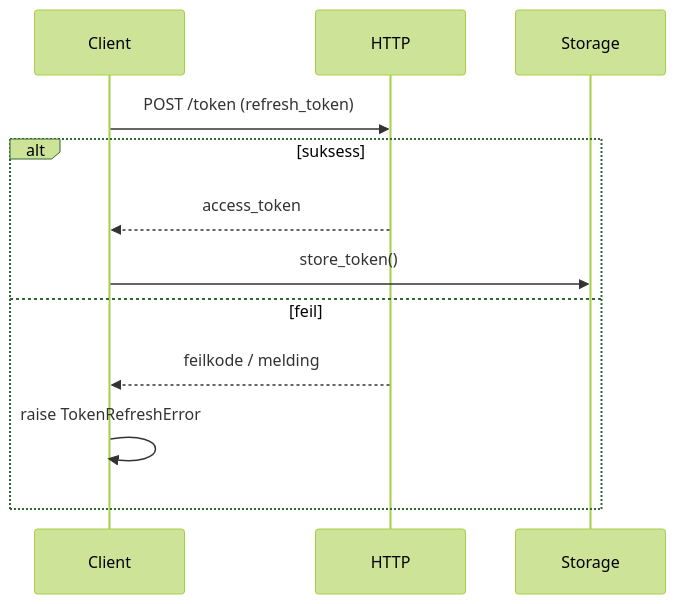
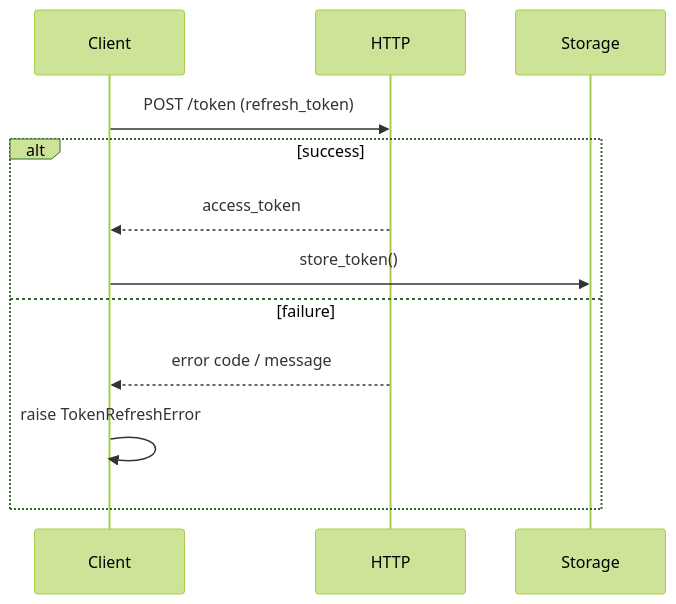
The diagram in apiconfig/auth/token/README.md (Leikaab/apiconfig), drawn with Mermaid (forest theme) before and after one commit. The commit also changed other lines of this file, not shown here.

````diff
--- a/apiconfig/auth/token/README.md
+++ b/apiconfig/auth/token/README.md
@@ -47,13 +53,13 @@
 ```mermaid
 sequenceDiagram
     participant Client
     participant HTTP
     Client->>HTTP: POST /token (refresh_token)
-    alt suksess
+    alt success
         HTTP-->>Client: access_token
         Client->>Storage: store_token()
-    else feil
-        HTTP-->>Client: feilkode / melding
+    else failure
+        HTTP-->>Client: error code / message
         Client->>Client: raise TokenRefreshError
     end
 ```
````
